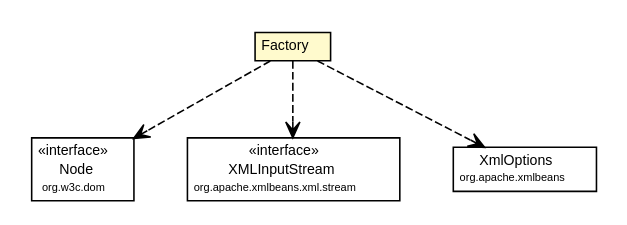
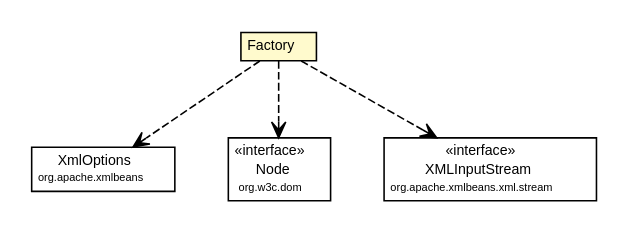
Before and after one commit to synchronoss/cpo-util: the diagram in site/apidocs/org/synchronoss/cpo/util/cpoUtilConfig/CtProtectedClasses.Factory.dot, drawn with Graphviz. The commit also changed 302 other files, not shown here.

Commit message:
Creating site for cpoUtil, 5.1.1-SNAPSHOT

```diff
--- a/site/apidocs/org/synchronoss/cpo/util/cpoUtilConfig/CtProtectedClasses.Factory.dot
+++ b/site/apidocs/org/synchronoss/cpo/util/cpoUtilConfig/CtProtectedClasses.Factory.dot
@@ -1,45 +1,45 @@
 #!/usr/local/bin/dot
 #
 # Class diagram 
 # Generated by UmlGraph version 4.6 (http://www.spinellis.gr/sw/umlgraph)
 #
 
 digraph G {
 	edge [fontname="Helvetica",fontsize=10,labelfontname="Helvetica",labelfontsize=10];
 	node [fontname="Helvetica",fontsize=10,shape=plaintext];
 	// org.synchronoss.cpo.util.cpoUtilConfig.CtProtectedClasses.Factory
 	c5294 [label=<<table border="0" cellborder="1" cellspacing="0" cellpadding="2" port="p" bgcolor="lemonChiffon" href="./CtProtectedClasses.Factory.html">
 		<tr><td><table border="0" cellspacing="0" cellpadding="1">
 			<tr><td> Factory </td></tr>
 		</table></td></tr>
 		</table>>, fontname="Helvetica", fontcolor="black", fontsize=9.0];
+	// org.synchronoss.cpo.util.cpoUtilConfig.CtProtectedClasses.Factory DEPEND org.apache.xmlbeans.XmlOptions
+	c5294:p -> c5303:p [taillabel="", label="", headlabel="", fontname="Helvetica", fontcolor="black", fontsize=10.0, color="black", arrowhead=open, style=dashed];
 	// org.synchronoss.cpo.util.cpoUtilConfig.CtProtectedClasses.Factory DEPEND org.w3c.dom.Node
-	c5294:p -> c5303:p [taillabel="", label="", headlabel="", fontname="Helvetica", fontcolor="black", fontsize=10.0, color="black", arrowhead=open, style=dashed];
+	c5294:p -> c5304:p [taillabel="", label="", headlabel="", fontname="Helvetica", fontcolor="black", fontsize=10.0, color="black", arrowhead=open, style=dashed];
 	// org.synchronoss.cpo.util.cpoUtilConfig.CtProtectedClasses.Factory DEPEND org.apache.xmlbeans.xml.stream.XMLInputStream
-	c5294:p -> c5304:p [taillabel="", label="", headlabel="", fontname="Helvetica", fontcolor="black", fontsize=10.0, color="black", arrowhead=open, style=dashed];
-	// org.synchronoss.cpo.util.cpoUtilConfig.CtProtectedClasses.Factory DEPEND org.apache.xmlbeans.XmlOptions
 	c5294:p -> c5305:p [taillabel="", label="", headlabel="", fontname="Helvetica", fontcolor="black", fontsize=10.0, color="black", arrowhead=open, style=dashed];
 	// org.apache.xmlbeans.xml.stream.XMLInputStream
-	c5304 [label=<<table border="0" cellborder="1" cellspacing="0" cellpadding="2" port="p" href="http://java.sun.com/j2se/1.4.2/docs/api/org/apache/xmlbeans/xml/stream/XMLInputStream.html">
+	c5305 [label=<<table border="0" cellborder="1" cellspacing="0" cellpadding="2" port="p" href="http://java.sun.com/j2se/1.4.2/docs/api/org/apache/xmlbeans/xml/stream/XMLInputStream.html">
 		<tr><td><table border="0" cellspacing="0" cellpadding="1">
 			<tr><td> &laquo;interface&raquo; </td></tr>
 			<tr><td> XMLInputStream </td></tr>
 			<tr><td><font point-size="7.0"> org.apache.xmlbeans.xml.stream </font></td></tr>
 		</table></td></tr>
 		</table>>, fontname="Helvetica", fontcolor="black", fontsize=9.0];
 	// org.w3c.dom.Node
-	c5303 [label=<<table border="0" cellborder="1" cellspacing="0" cellpadding="2" port="p" href="http://java.sun.com/j2se/1.4.2/docs/api/org/w3c/dom/Node.html">
+	c5304 [label=<<table border="0" cellborder="1" cellspacing="0" cellpadding="2" port="p" href="http://java.sun.com/j2se/1.4.2/docs/api/org/w3c/dom/Node.html">
 		<tr><td><table border="0" cellspacing="0" cellpadding="1">
 			<tr><td> &laquo;interface&raquo; </td></tr>
 			<tr><td> Node </td></tr>
 			<tr><td><font point-size="7.0"> org.w3c.dom </font></td></tr>
 		</table></td></tr>
 		</table>>, fontname="Helvetica", fontcolor="black", fontsize=9.0];
 	// org.apache.xmlbeans.XmlOptions
-	c5305 [label=<<table border="0" cellborder="1" cellspacing="0" cellpadding="2" port="p" href="http://java.sun.com/j2se/1.4.2/docs/api/org/apache/xmlbeans/XmlOptions.html">
+	c5303 [label=<<table border="0" cellborder="1" cellspacing="0" cellpadding="2" port="p" href="http://java.sun.com/j2se/1.4.2/docs/api/org/apache/xmlbeans/XmlOptions.html">
 		<tr><td><table border="0" cellspacing="0" cellpadding="1">
 			<tr><td> XmlOptions </td></tr>
 			<tr><td><font point-size="7.0"> org.apache.xmlbeans </font></td></tr>
 		</table></td></tr>
 		</table>>, fontname="Helvetica", fontcolor="black", fontsize=9.0];
 }
```
